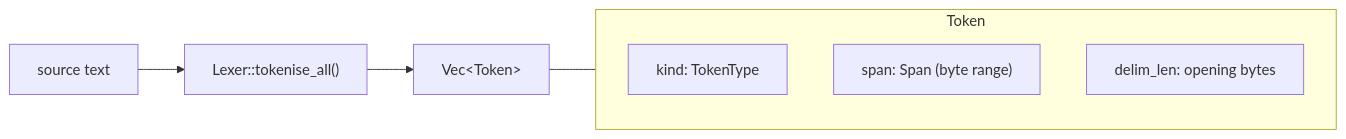
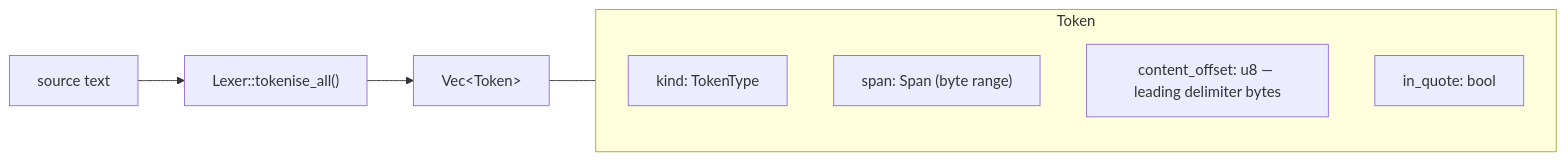
Before and after one commit to bitwisecook/tcl-lsp: the second of 20 diagrams in docs/design/compiler-architecture.md, drawn with Mermaid. The commit also changed other lines of this file and 5 other files, not shown here.

````diff
--- a/docs/design/compiler-architecture.md
+++ b/docs/design/compiler-architecture.md
@@ -86,14 +89,15 @@
 ```mermaid
 flowchart LR
     SRC["source text"] --> LEX["Lexer::tokenise_all()"]
     LEX --> TOK["Vec&lt;Token&gt;"]
 
     subgraph Token
         direction TB
         TT["kind: TokenType"]
         SP["span: Span (byte range)"]
-        DL["delim_len: opening bytes"]
+        DL["content_offset: u8 — leading delimiter bytes"]
+        IQ["in_quote: bool"]
     end
 
     TOK --- Token
 ```
````
